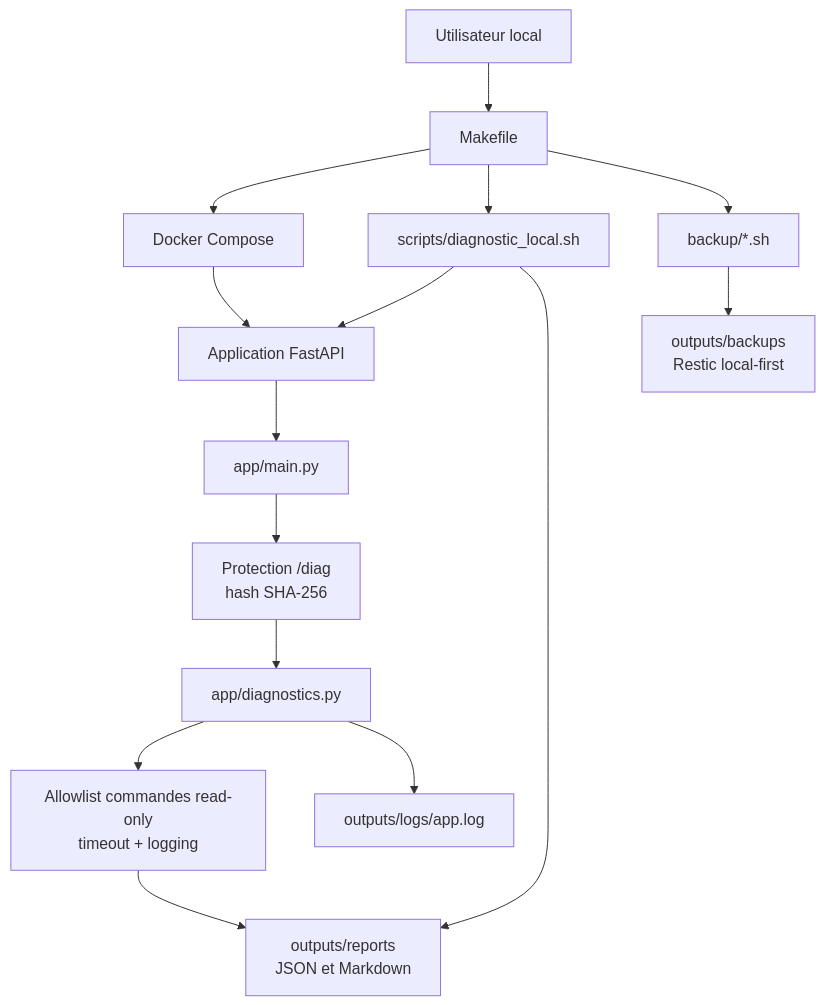
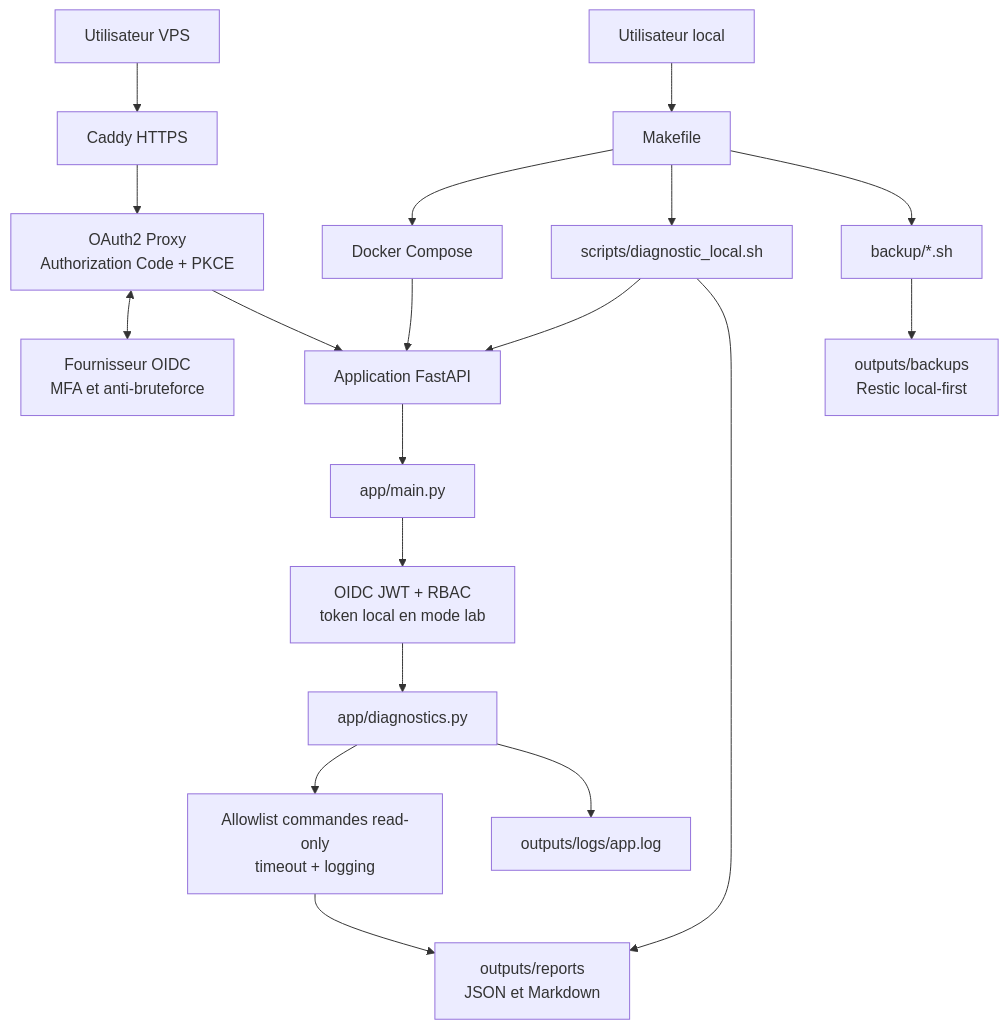
One commit to tzzzzh49-cell/infra-dev-cyber-ai-learning-lab changed the diagram in docs/architecture.md. Above: the diagram before and after it, drawn with Mermaid. The commit also changed other lines of this file and 23 other files, not shown here.

````diff
--- a/docs/architecture.md
+++ b/docs/architecture.md
@@ -30,17 +30,21 @@
 ```mermaid
 flowchart TD
     user[Utilisateur local] --> make[Makefile]
+    browser[Utilisateur VPS] --> caddy[Caddy HTTPS]
+    caddy --> oauth[OAuth2 Proxy<br/>Authorization Code + PKCE]
+    oauth <--> idp[Fournisseur OIDC<br/>MFA et anti-bruteforce]
+    oauth --> api
     make --> compose[Docker Compose]
     compose --> api[Application FastAPI]
     api --> main[app/main.py]
-    main --> auth[Protection /diag<br/>hash SHA-256]
+    main --> auth[OIDC JWT + RBAC<br/>token local en mode lab]
     auth --> diagnostics[app/diagnostics.py]
     diagnostics --> allowlist[Allowlist commandes read-only<br/>timeout + logging]
     allowlist --> reports[outputs/reports<br/>JSON et Markdown]
     diagnostics --> logs[outputs/logs/app.log]
     make --> localdiag[scripts/diagnostic_local.sh]
     localdiag --> api
     localdiag --> reports
     make --> backups[backup/*.sh]
     backups --> backupstore[outputs/backups<br/>Restic local-first]
 ```
````
